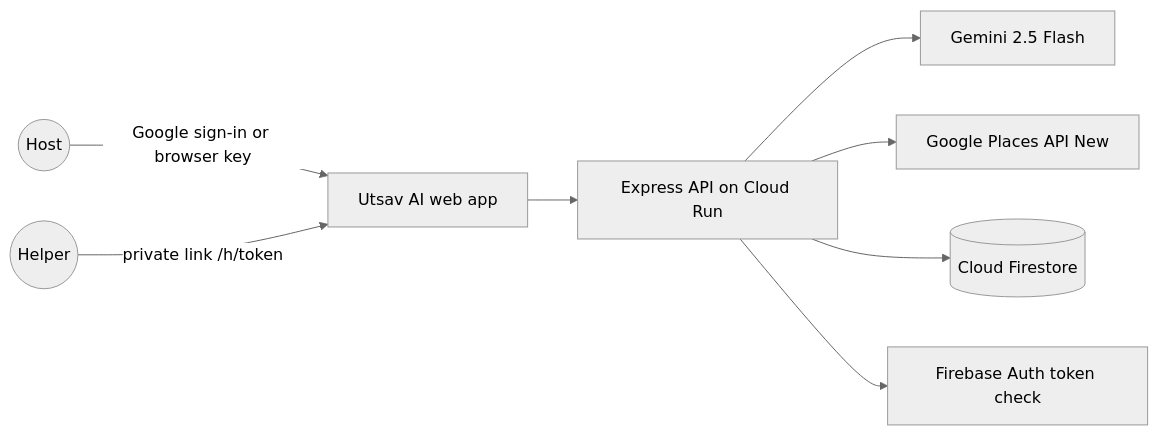
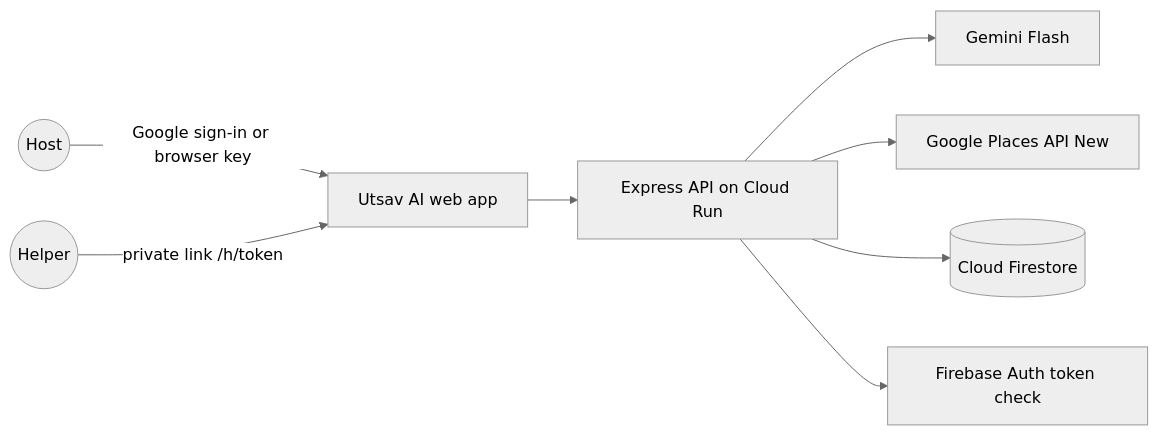
The diagram in README.md (Sukumar-Manivel/utsav-ai), drawn with Mermaid (neutral theme) before and after one commit. The commit also changed other lines of this file and 5 other files, not shown here.

````diff
--- a/README.md
+++ b/README.md
@@ -55,10 +53,10 @@
 ```mermaid
 flowchart LR
   Host((Host)) -->|Google sign-in or browser key| Web[Utsav AI web app]
   Helper((Helper)) -->|private link /h/token| Web
   Web --> API[Express API on Cloud Run]
-  API --> Gemini[Gemini 2.5 Flash]
+  API --> Gemini[Gemini Flash]
   API --> Places[Google Places API New]
   API --> FS[(Cloud Firestore)]
   API --> Auth[Firebase Auth token check]
 ```
````
